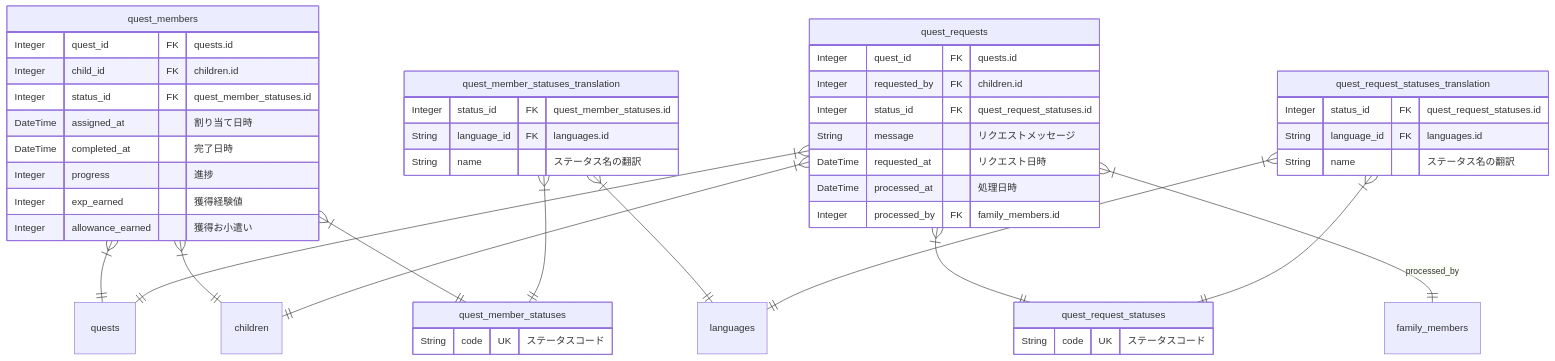
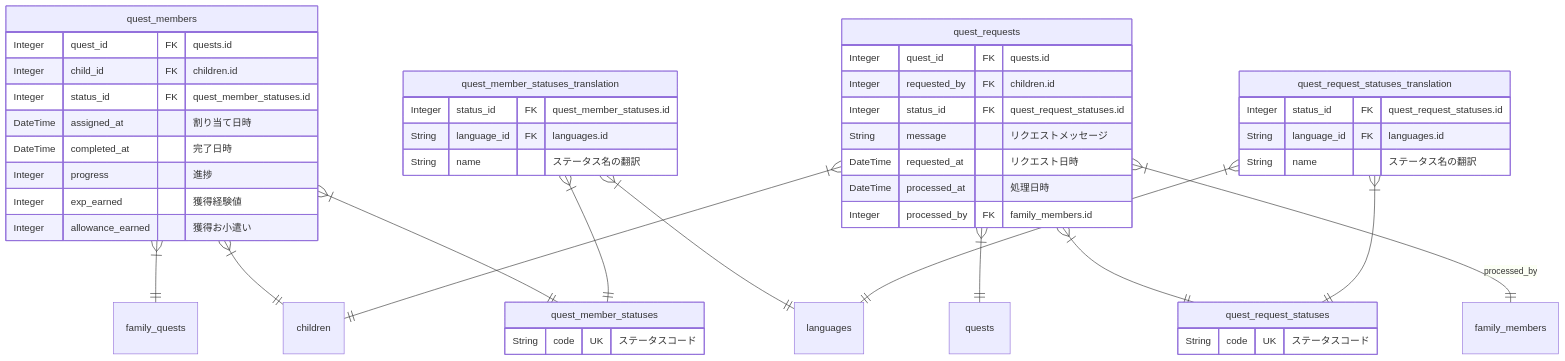
Diagram 13 of 17 in apps/api/docs/ja/uml/erd.md (shuhei1101/allowance-questboard), drawn with Mermaid before and after one commit. The commit also changed other lines of this file and 17 other files, not shown here.

````diff
--- a/apps/api/docs/ja/uml/erd.md
+++ b/apps/api/docs/ja/uml/erd.md
@@ -484,57 +479,57 @@
 ```mermaid
 %% quest/execution
 erDiagram
     quest_members {
         Integer quest_id FK "quests.id"
         Integer child_id FK "children.id"
         Integer status_id FK "quest_member_statuses.id"
         DateTime assigned_at "割り当て日時"
         DateTime completed_at "完了日時"
         Integer progress "進捗"
         Integer exp_earned "獲得経験値"
         Integer allowance_earned "獲得お小遣い"
     }
 
     quest_member_statuses {
         String code UK "ステータスコード"
     }
 
     quest_member_statuses_translation {
         Integer status_id FK "quest_member_statuses.id"
         String language_id FK "languages.id"
         String name "ステータス名の翻訳"
     }
 
     quest_requests {
         Integer quest_id FK "quests.id"
         Integer requested_by FK "children.id"
         Integer status_id FK "quest_request_statuses.id"
         String message "リクエストメッセージ"
         DateTime requested_at "リクエスト日時"
         DateTime processed_at "処理日時"
         Integer processed_by FK "family_members.id"
     }
 
     quest_request_statuses {
         String code UK "ステータスコード"
     }
 
     quest_request_statuses_translation {
         Integer status_id FK "quest_request_statuses.id"
         String language_id FK "languages.id"
         String name "ステータス名の翻訳"
     }
 
     %% Relationships
-    quest_members }|--|| quests: ""
+    quest_members }|--|| family_quests: ""
     quest_members }|--|| children: ""
     quest_members }|--|| quest_member_statuses: ""
     quest_member_statuses_translation }|--|| quest_member_statuses: ""
     quest_member_statuses_translation }|--|| languages: ""
     quest_requests }|--|| quests: ""
     quest_requests }|--|| children: ""
     quest_requests }|--|| quest_request_statuses: ""
     quest_requests }|--|| family_members: "processed_by"
     quest_request_statuses_translation }|--|| quest_request_statuses: ""
     quest_request_statuses_translation }|--|| languages: ""
 ```
````
